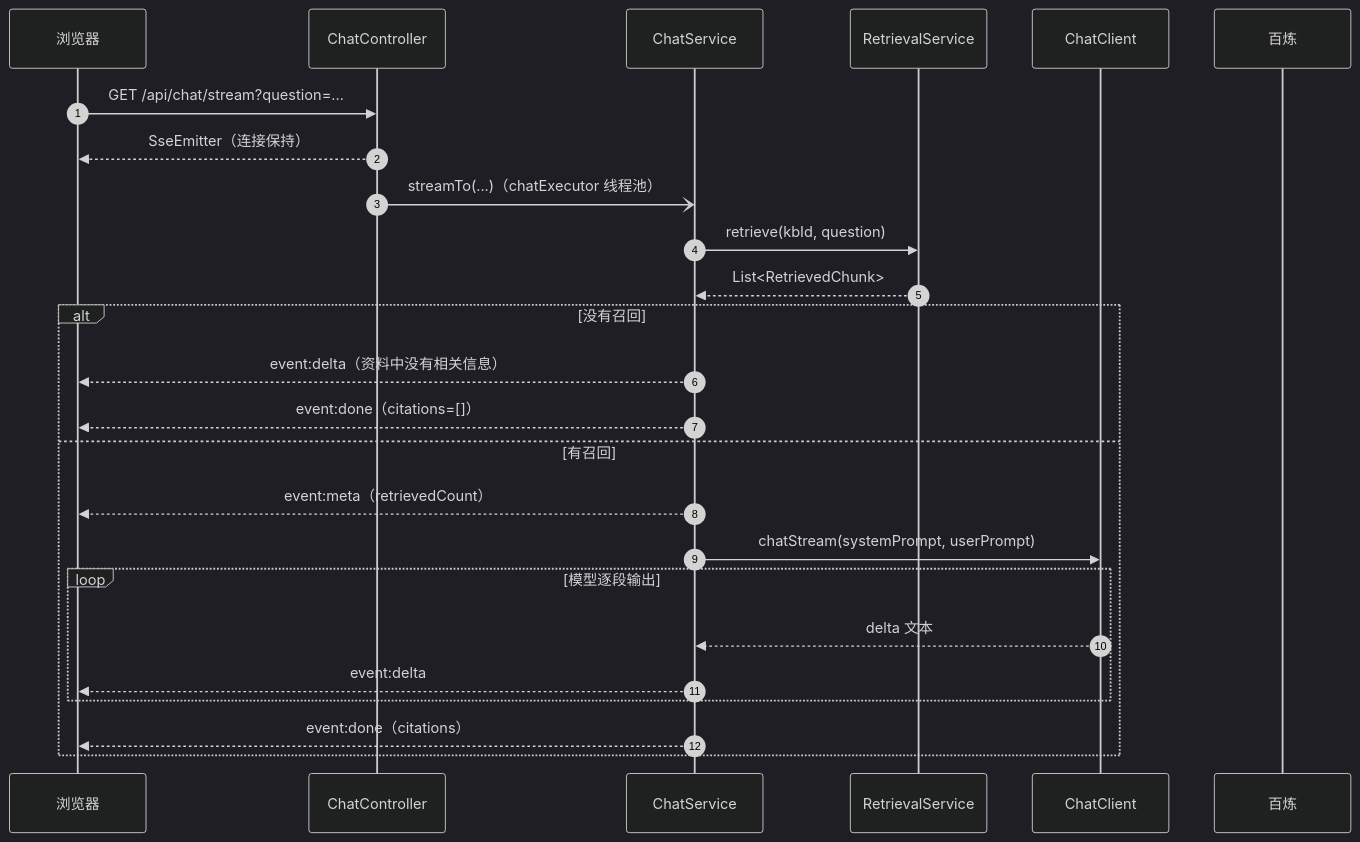
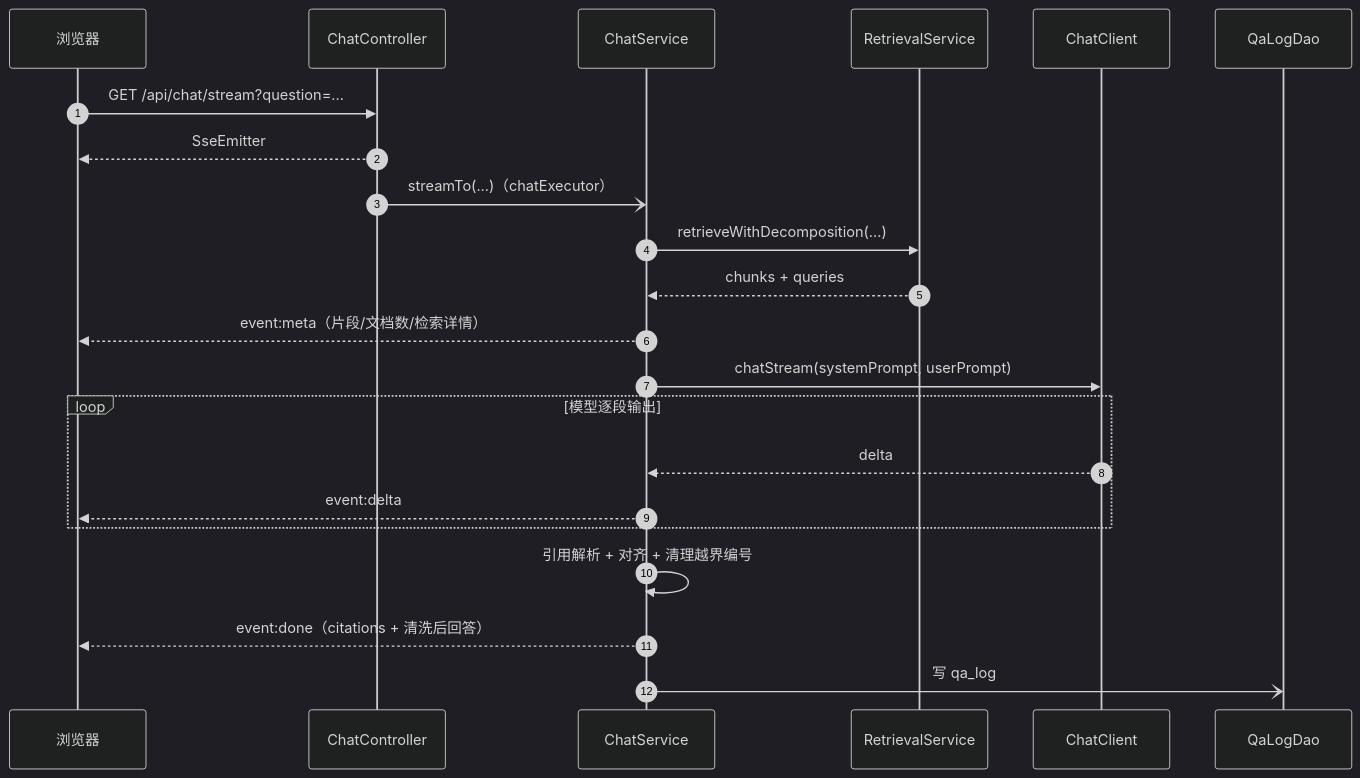
One commit to Kagtro/AI-RAG_training changed the sixth of 6 diagrams in docs/architecture.md. Above: the diagram before and after it, drawn with Mermaid (dark theme). The commit also changed other lines of this file and 2 other files, not shown here.

First line of the commit message:
docs: rewrite README and architecture for current system

````diff
--- a/docs/architecture.md
+++ b/docs/architecture.md
@@ -275,28 +350,25 @@
 ```mermaid
 sequenceDiagram
     autonumber
     participant B as 浏览器
     participant C as ChatController
     participant S as ChatService
     participant R as RetrievalService
     participant L as ChatClient
-    participant DS as 百炼
+    participant Q as QaLogDao
 
     B->>C: GET /api/chat/stream?question=...
-    C-->>B: SseEmitter（连接保持）
-    C-)S: streamTo(...)（chatExecutor 线程池）
-    S->>R: retrieve(kbId, question)
-    R-->>S: List<RetrievedChunk>
-    alt 没有召回
-        S-->>B: event:delta（资料中没有相关信息）
-        S-->>B: event:done（citations=[]）
-    else 有召回
-        S-->>B: event:meta（retrievedCount）
-        S->>L: chatStream(systemPrompt, userPrompt)
-        loop 模型逐段输出
-            L-->>S: delta 文本
-            S-->>B: event:delta
-        end
-        S-->>B: event:done（citations）
+    C-->>B: SseEmitter
+    C-)S: streamTo(...)（chatExecutor）
+    S->>R: retrieveWithDecomposition(...)
+    R-->>S: chunks + queries
+    S-->>B: event:meta（片段/文档数/检索详情）
+    S->>L: chatStream(systemPrompt, userPrompt)
+    loop 模型逐段输出
+        L-->>S: delta
+        S-->>B: event:delta
     end
+    S->>S: 引用解析 + 对齐 + 清理越界编号
+    S-->>B: event:done（citations + 清洗后回答）
+    S-)Q: 写 qa_log
 ```
````
